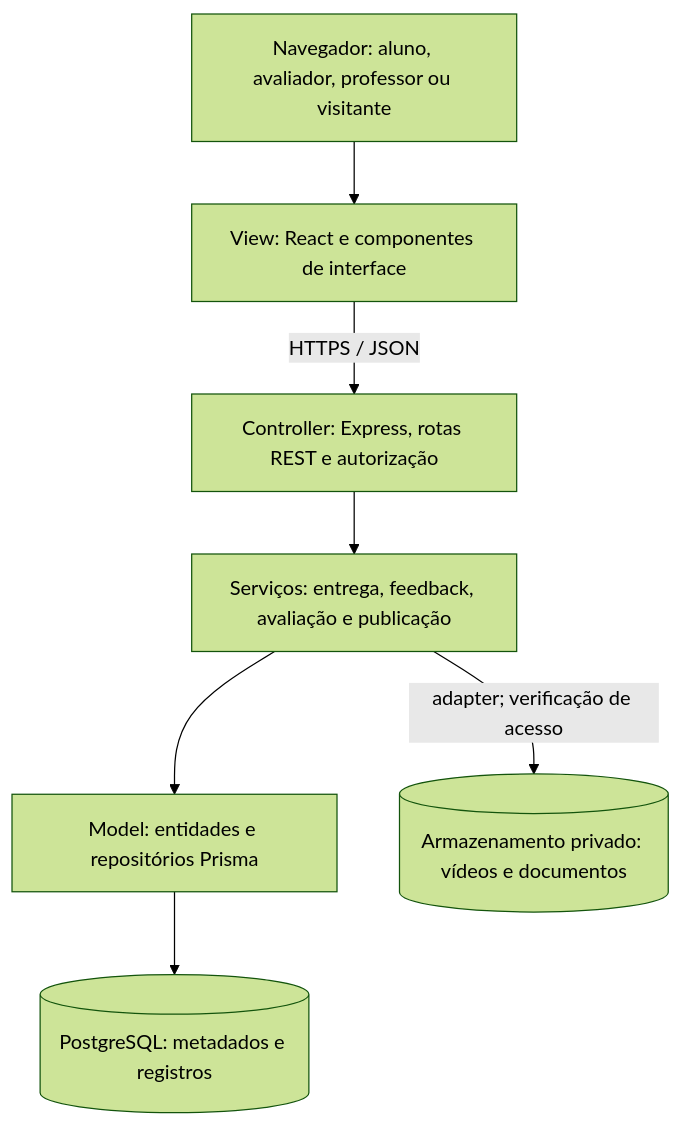
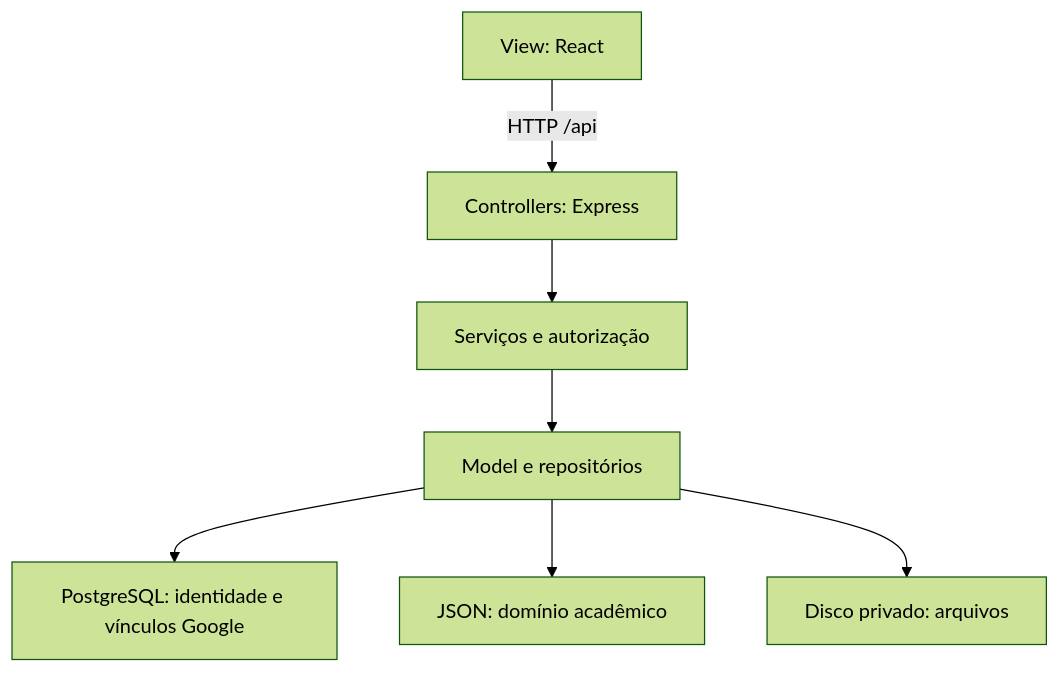
One commit to henriquemantovan/Labrary-Digital-PCS-3643 changed the diagram in README.md. Above: the diagram before and after it, drawn with Mermaid (forest theme). The commit also changed other lines of this file and 18 other files, not shown here.

First line of the commit message:
docs: revisar entrega final, manuais e diagramas do Labrary

````diff
--- a/README.md
+++ b/README.md
@@ -537,16 +118,9 @@
 ```mermaid
 flowchart TB
-    U["Navegador: aluno, avaliador, professor ou visitante"]
-    V["View: React e componentes de interface"]
-    C["Controller: Express, rotas REST e autorização"]
-    S["Serviços: entrega, feedback, avaliação e publicação"]
-    M["Model: entidades e repositórios Prisma"]
-    D[("PostgreSQL: metadados e registros")]
-    F[("Armazenamento privado: vídeos e documentos")]
-    U --> V
-    V -->|"HTTPS / JSON"| C
-    C --> S
-    S --> M
-    M --> D
-    S -->|"adapter; verificação de acesso"| F
+    V["View: React"] -->|"HTTP /api"| C["Controllers: Express"]
+    C --> S["Serviços e autorização"]
+    S --> M["Model e repositórios"]
+    M --> P["PostgreSQL: identidade e vínculos Google"]
+    M --> J["JSON: domínio acadêmico"]
+    M --> F["Disco privado: arquivos"]
 ```
````
